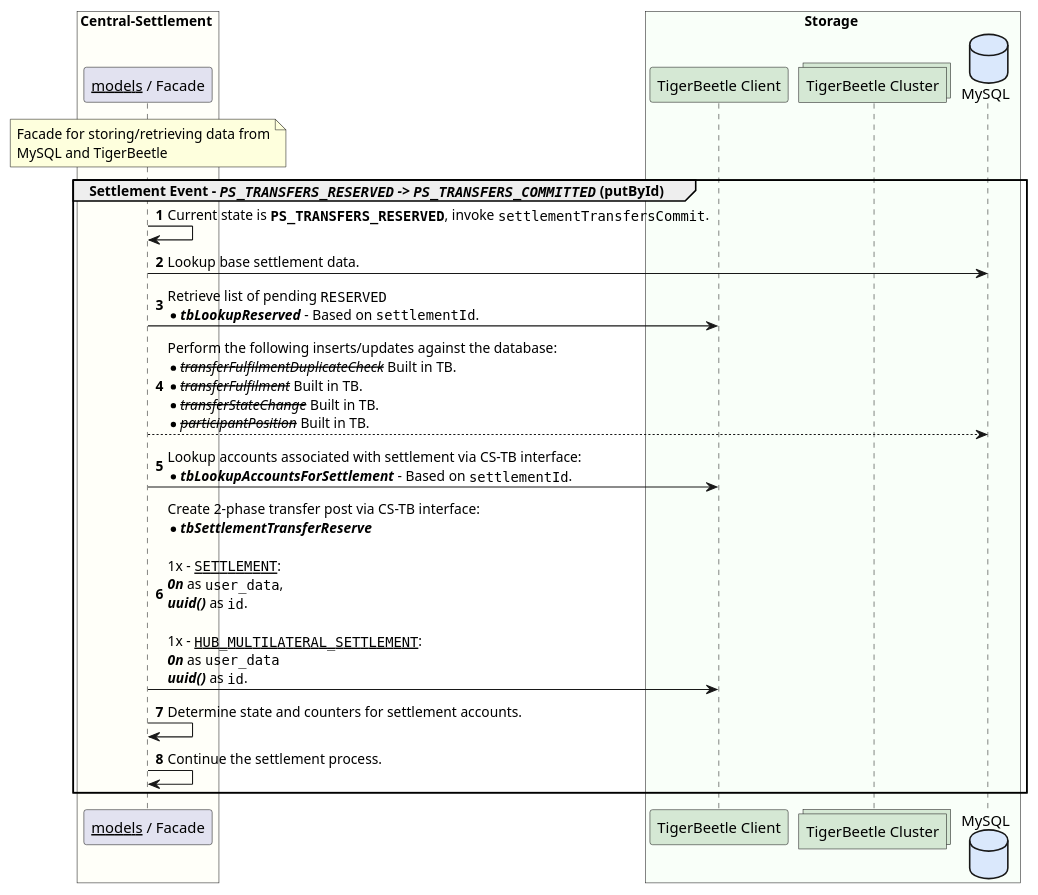
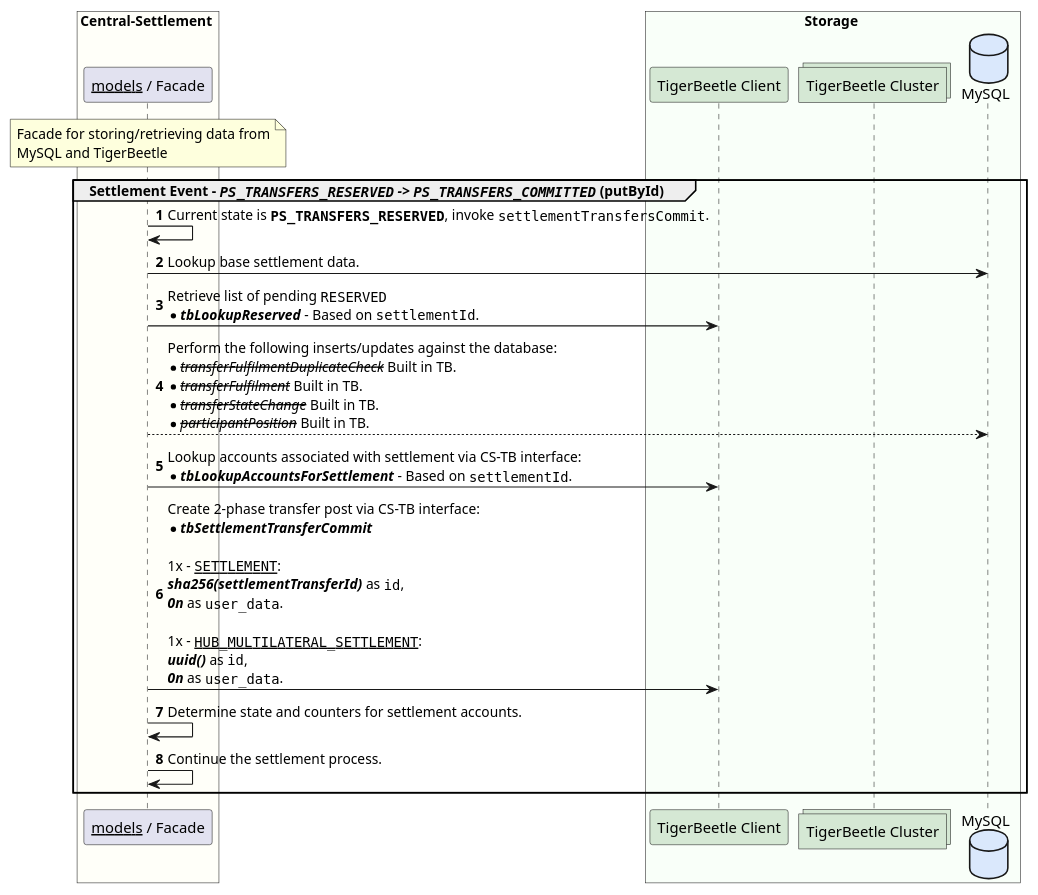
Before and after one commit to coilhq/mucoa: the diagram in solution_design/sequence-settlement-tb-enabled-update-by-id-03.puml, drawn with PlantUML. The commit also changed 6 other files, not shown here.

Commit message:
Updated sequence diagrams for settlement. Each of the 3 states completed.

```diff
--- a/solution_design/sequence-settlement-tb-enabled-update-by-id-03.puml
+++ b/solution_design/sequence-settlement-tb-enabled-update-by-id-03.puml
@@ -1,30 +1,30 @@
 @startuml
 
 box Central-Settlement #FFFFF9
     participant "__models__ / Facade" as cs_facade
 
     note over cs_facade
         Facade for storing/retrieving data from
         MySQL and TigerBeetle
     end note
 end box
 
 box Storage #F9FFF9
 	participant "TigerBeetle Client" as tb_client #D5E8D4
 	collections "TigerBeetle Cluster" as tb_nodes #D5E8D4
 	database "MySQL" as cl_db #DAE8FC
 end box
 
 autonumber
 group Settlement Event - //""PS_TRANSFERS_RESERVED"" -> ""PS_TRANSFERS_COMMITTED""// (putById)
     cs_facade -> cs_facade : Current state is **""PS_TRANSFERS_RESERVED""**, invoke ""settlementTransfersCommit"".
     cs_facade -> cl_db : Lookup base settlement data.
     cs_facade -> tb_client : Retrieve list of pending ""RESERVED""\n*//**tbLookupReserved**// - Based on ""settlementId"".
     cs_facade --> cl_db : Perform the following inserts/updates against the database:\n*--//transferFulfilmentDuplicateCheck//-- Built in TB.\n*--//transferFulfilment//-- Built in TB.\n*--//transferStateChange//-- Built in TB.\n*--//participantPosition//-- Built in TB.
     cs_facade -> tb_client : Lookup accounts associated with settlement via CS-TB interface:\n*//**tbLookupAccountsForSettlement**// - Based on ""settlementId"".
-    cs_facade -> tb_client : Create 2-phase transfer post via CS-TB interface:\n*//**tbSettlementTransferReserve**//\n\n1x - __""SETTLEMENT""__:\n**//0n//** as ""user_data"", \n**//uuid()//** as ""id"".\n\n1x - __""HUB_MULTILATERAL_SETTLEMENT""__:\n**//0n//** as ""user_data""\n**//uuid()//** as ""id"".
+    cs_facade -> tb_client : Create 2-phase transfer post via CS-TB interface:\n*//**tbSettlementTransferCommit**//\n\n1x - __""SETTLEMENT""__:\n**//sha256(settlementTransferId)//** as ""id"", \n**//0n//** as ""user_data"".\n\n1x - __""HUB_MULTILATERAL_SETTLEMENT""__:\n**//uuid()//** as ""id"", \n**//0n//** as ""user_data"".
     cs_facade -> cs_facade : Determine state and counters for settlement accounts.
     cs_facade -> cs_facade : Continue the settlement process.
 end
 
 @enduml
```
